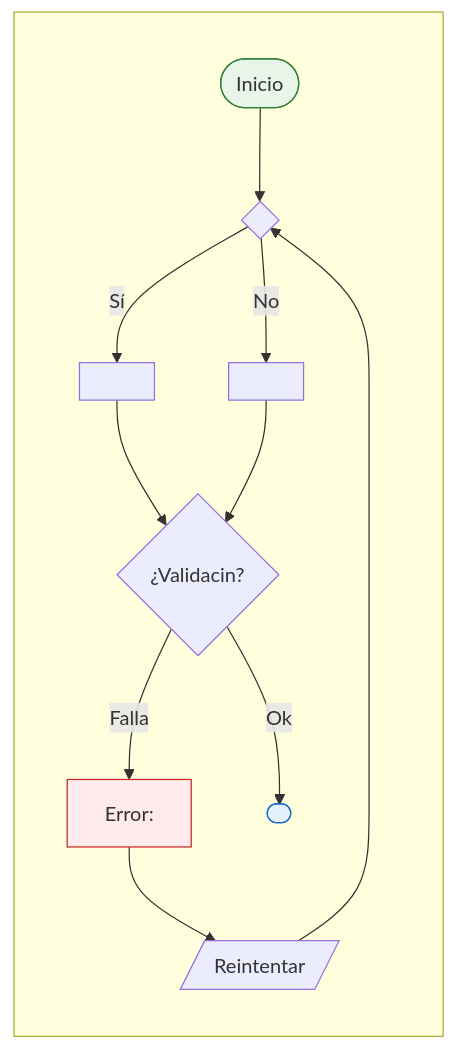
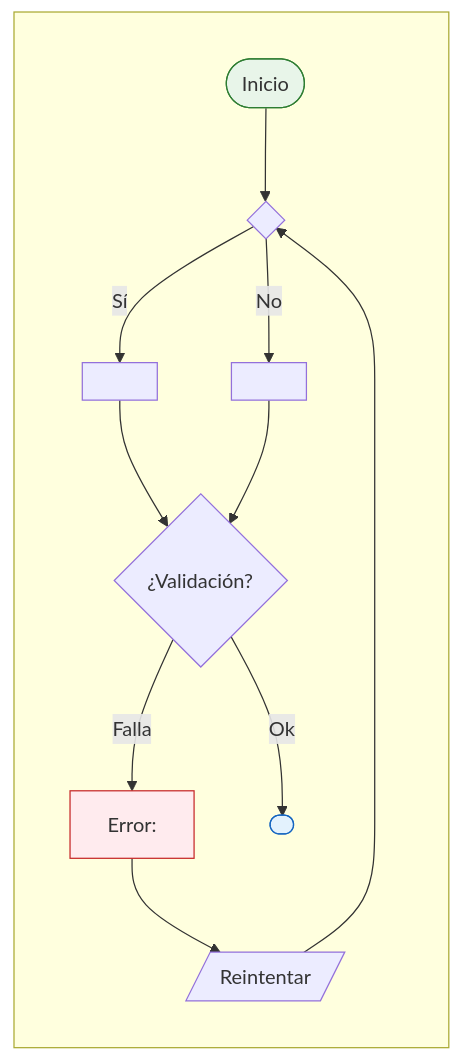
One commit to unimar-peru/unimar-arch-vendors changed the second of 2 diagrams in estandar/reference/governance/sdlc/04-plantillas-artefactos/fuente/plantilla-epica-fuente.es.md. Above: the diagram before and after it, drawn with Mermaid. The commit also changed other lines of this file and 3 other files, not shown here.

````diff
--- a/estandar/reference/governance/sdlc/04-plantillas-artefactos/fuente/plantilla-epica-fuente.es.md
+++ b/estandar/reference/governance/sdlc/04-plantillas-artefactos/fuente/plantilla-epica-fuente.es.md
@@ -179,21 +179,21 @@
 ```mermaid
 flowchart TD
-    subgraph "<Ttulo de la Epica>"
+    subgraph "<Título de la Epica>"
         direction TB
-        START([Inicio]) --> P1{<decisin principal>}
+        START([Inicio]) --> P1{<decisión principal>}
 
         P1 -->|Sí| A1[<accin 1>]
         P1 -->|No| A2[<accin 2>]
 
-        A1 --> VAL{¿Validacin?}
+        A1 --> VAL{¿Validación?}
         A2 --> VAL
-        VAL -->|Falla| ERR["Error: <descripcin>"]
+        VAL -->|Falla| ERR["Error: <descripción>"]
         VAL -->|Ok| END([<resultado final>])
         ERR --> RET[/Reintentar/]
         RET --> P1
     end
 
     style START fill:#e8f5e9,stroke:#2e7d32
     style END fill:#e3f2fd,stroke:#1565c0
     style ERR fill:#ffebee,stroke:#c62828
 ```
````
